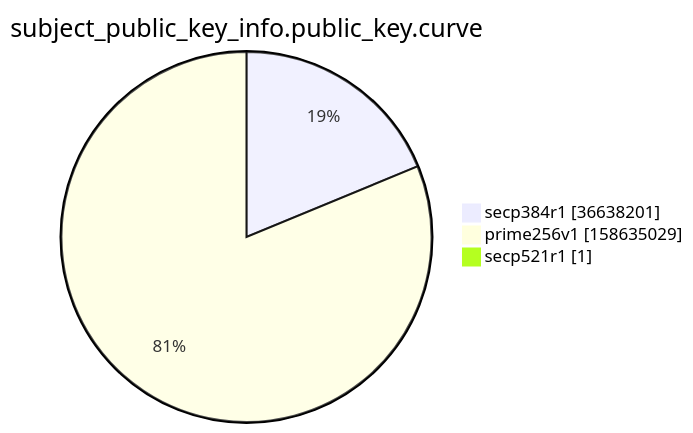
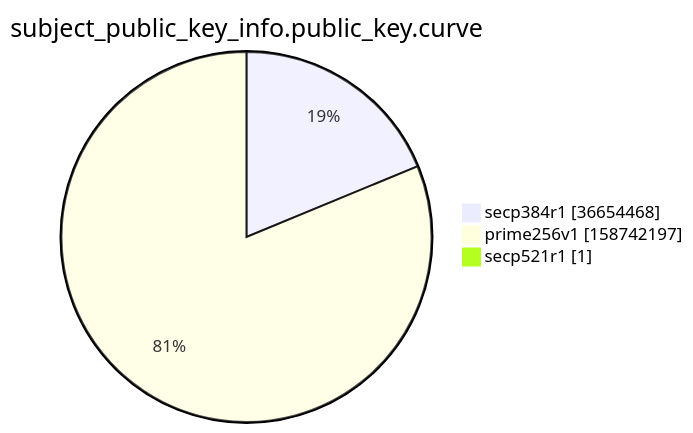
Before and after one commit to christiankrug/ctmonitor_visualization: the ninth of 15 diagrams in argon2022/README.md, drawn with Mermaid. The commit also changed other lines of this file, not shown here.

````diff
--- a/argon2022/README.md
+++ b/argon2022/README.md
@@ -2766,7 +2766,7 @@
 ```mermaid
 pie showData
 title subject_public_key_info.public_key.curve
-"secp384r1" :36638201
-"prime256v1" :158635029
+"secp384r1" :36654468
+"prime256v1" :158742197
 "secp521r1" :1
 ```
````
